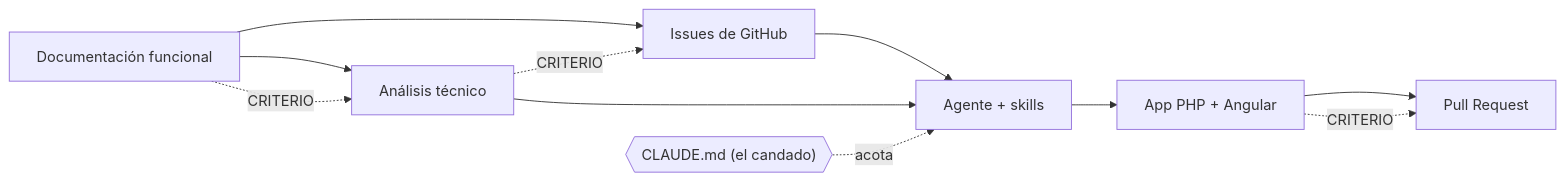
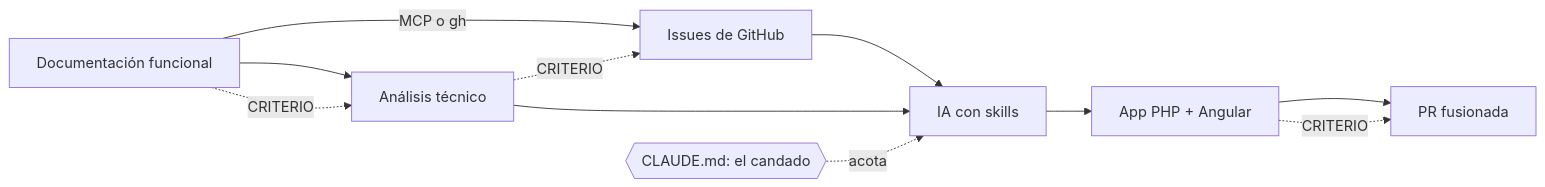
One commit to hispafox/DemoAgentes changed the first of 2 diagrams in docs/presentaciones/2026-11-26-clase-agentes.md. Above: the diagram before and after it, drawn with Mermaid. The commit also changed other lines of this file and 4 other files, not shown here.

````diff
--- a/docs/presentaciones/2026-11-26-clase-agentes.md
+++ b/docs/presentaciones/2026-11-26-clase-agentes.md
@@ -27,13 +27,13 @@
 ```mermaid
 flowchart LR
-    DOC[Documentación funcional] --> ISS[Issues de GitHub]
+    DOC[Documentación funcional] -->|MCP o gh| ISS[Issues de GitHub]
     DOC --> ANA[Análisis técnico]
-    ISS --> IA[Agente + skills]
+    ISS --> IA[IA con skills]
     ANA --> IA
-    CL{{"CLAUDE.md (el candado)"}} -.acota.-> IA
+    CL{{"CLAUDE.md: el candado"}} -.acota.-> IA
     IA --> APP[App PHP + Angular]
-    APP --> PR[Pull Request]
+    APP --> PR[PR fusionada]
     DOC -. CRITERIO .-> ANA
     ANA -. CRITERIO .-> ISS
     APP -. CRITERIO .-> PR
 ```
````
